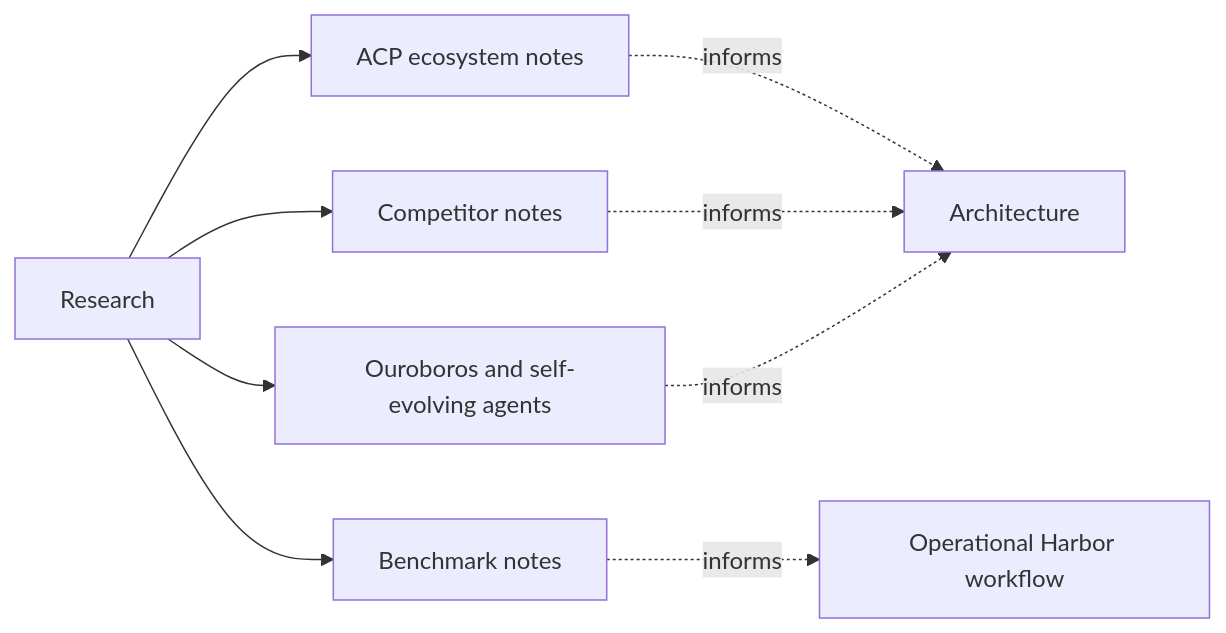
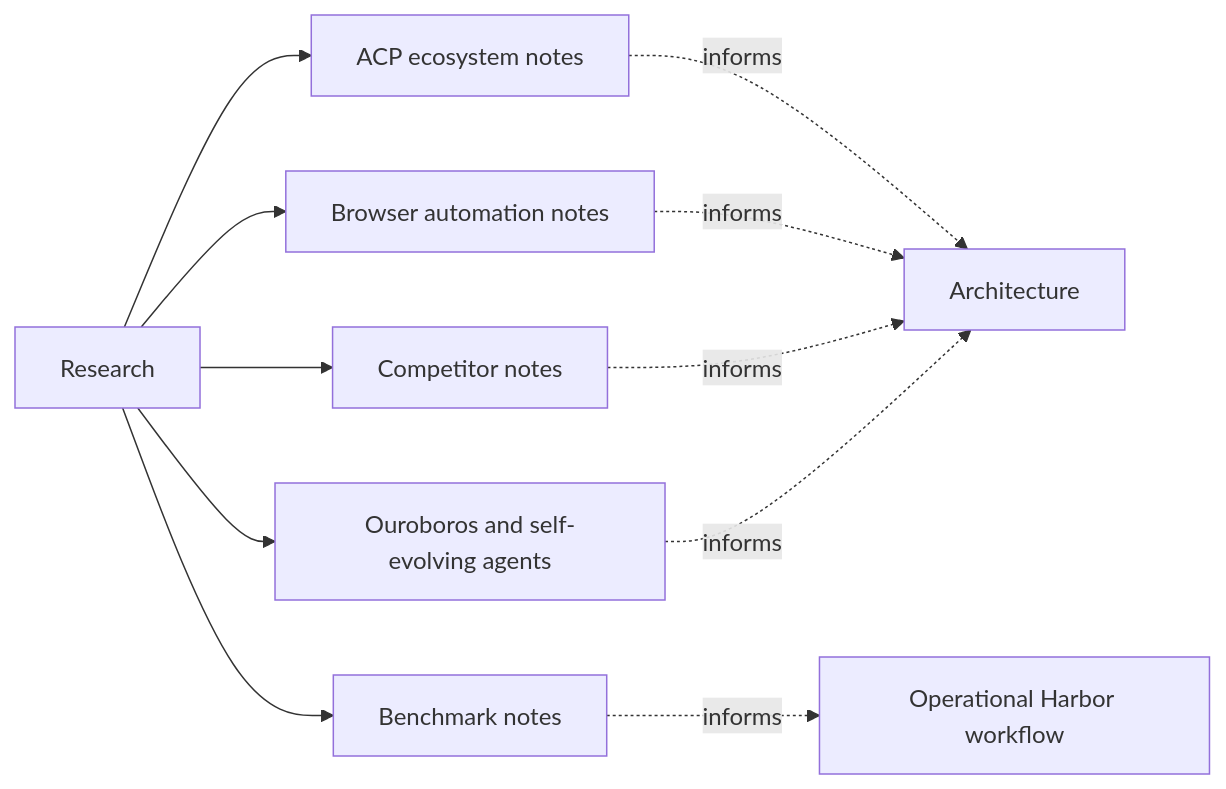
The diagram in docs/research/README.md (leto-labs/leto), drawn with Mermaid before and after one commit. The commit also changed other lines of this file and 25 other files, not shown here.

Commit message:
chore(dev): add agent-browser workflow and research

````diff
--- a/docs/research/README.md
+++ b/docs/research/README.md
@@ -29,13 +31,15 @@
 ```mermaid
 flowchart LR
     Research[Research]
     Research --> ACP[ACP ecosystem notes]
     Research --> Bench[Benchmark notes]
+    Research --> Browser[Browser automation notes]
     Research --> Comp[Competitor notes]
     Research --> Ouro[Ouroboros and self-evolving agents]
 
     ACP -. informs .-> Arch[Architecture]
     Bench -. informs .-> Harbor[Operational Harbor workflow]
+    Browser -. informs .-> Arch
     Comp -. informs .-> Arch
     Ouro -. informs .-> Arch
 ```
````
